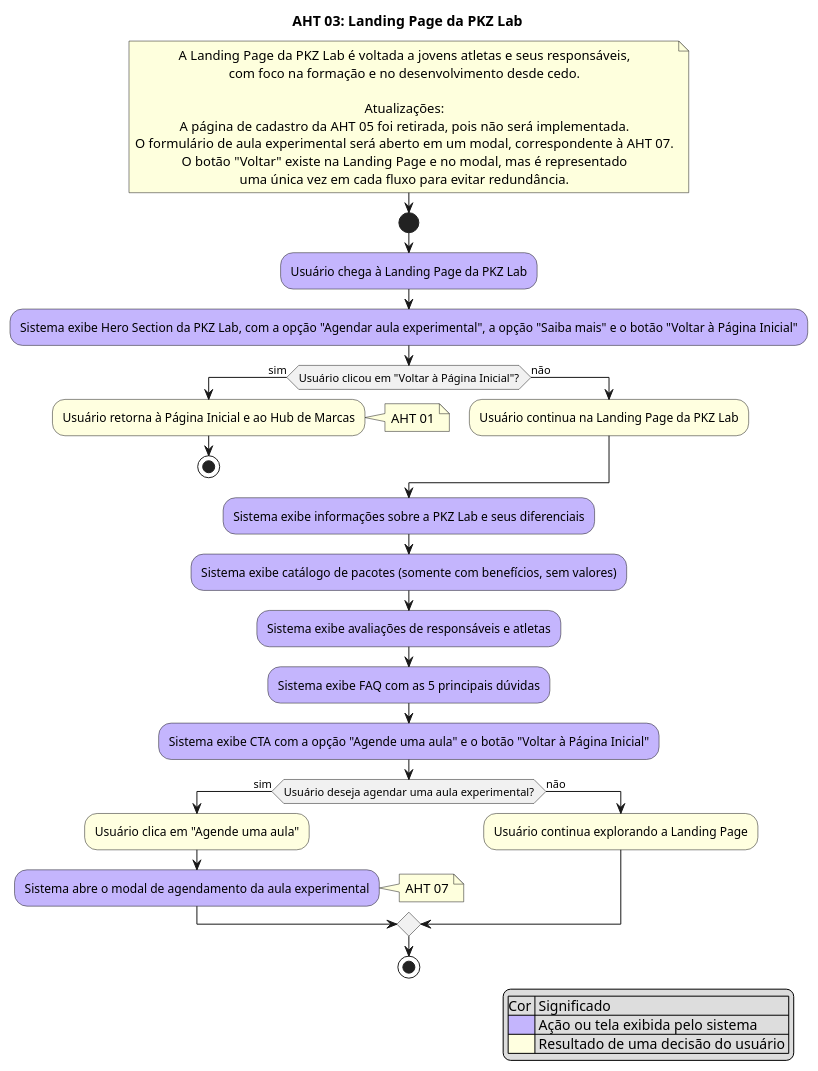
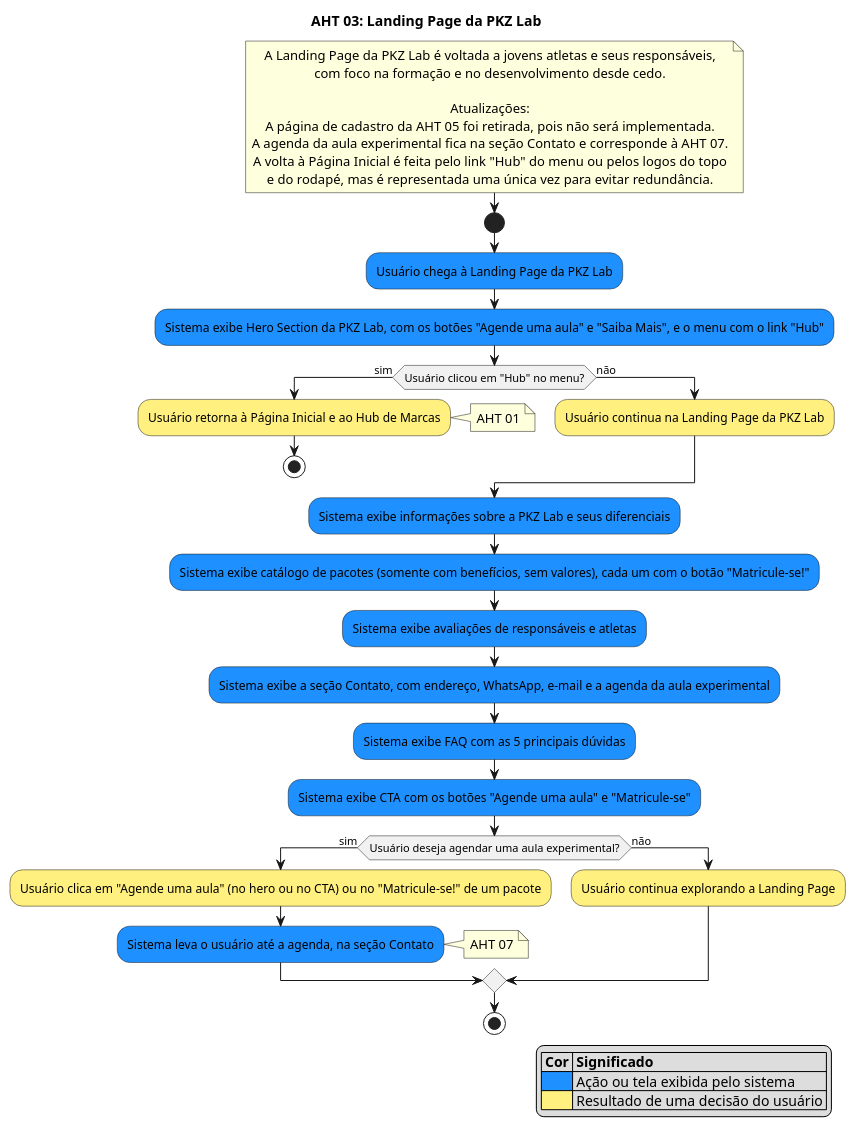
Before and after one commit to tav-ibmec/PFE-2026-2-Grupo-1-vanila: the diagram in Documentos/AHTs/AHT03-PKZ-landing-page.puml, drawn with PlantUML. The commit also changed 1 other file, not shown here.

Commit message:
Atualizando a AHT 03

```diff
--- a/Documentos/AHTs/AHT03-PKZ-landing-page.puml
+++ b/Documentos/AHTs/AHT03-PKZ-landing-page.puml
@@ -1,50 +1,51 @@
 @startuml AHT03-PKZ-landing-page
 skinparam DefaultTextAlignment center
 title AHT 03: Landing Page da PKZ Lab
 
 note right
  A Landing Page da PKZ Lab é voltada a jovens atletas e seus responsáveis,
  com foco na formação e no desenvolvimento desde cedo.
 
  Atualizações:
  A página de cadastro da AHT 05 foi retirada, pois não será implementada.
- O formulário de aula experimental será aberto em um modal, correspondente à AHT 07.
- O botão "Voltar" existe na Landing Page e no modal, mas é representado
- uma única vez em cada fluxo para evitar redundância.
+ A agenda da aula experimental fica na seção Contato e corresponde à AHT 07.
+ A volta à Página Inicial é feita pelo link "Hub" do menu ou pelos logos do topo
+ e do rodapé, mas é representada uma única vez para evitar redundância.
 end note
 
 start
 
-#C4B5FD:Usuário chega à Landing Page da PKZ Lab;
-#C4B5FD:Sistema exibe Hero Section da PKZ Lab, com a opção "Agendar aula experimental", a opção "Saiba mais" e o botão "Voltar à Página Inicial";
+#1E90FF:Usuário chega à Landing Page da PKZ Lab;
+#1E90FF:Sistema exibe Hero Section da PKZ Lab, com os botões "Agende uma aula" e "Saiba Mais", e o menu com o link "Hub";
 
-if (Usuário clicou em "Voltar à Página Inicial"?) then (sim)
-  #lightyellow:Usuário retorna à Página Inicial e ao Hub de Marcas;
+if (Usuário clicou em "Hub" no menu?) then (sim)
+  #FFF07F:Usuário retorna à Página Inicial e ao Hub de Marcas;
   note right: AHT 01
   stop
 else (não)
-  #lightyellow:Usuário continua na Landing Page da PKZ Lab;
+  #FFF07F:Usuário continua na Landing Page da PKZ Lab;
 endif
 
-#C4B5FD:Sistema exibe informações sobre a PKZ Lab e seus diferenciais;
-#C4B5FD:Sistema exibe catálogo de pacotes (somente com benefícios, sem valores);
-#C4B5FD:Sistema exibe avaliações de responsáveis e atletas;
-#C4B5FD:Sistema exibe FAQ com as 5 principais dúvidas;
-#C4B5FD:Sistema exibe CTA com a opção "Agende uma aula" e o botão "Voltar à Página Inicial";
+#1E90FF:Sistema exibe informações sobre a PKZ Lab e seus diferenciais;
+#1E90FF:Sistema exibe catálogo de pacotes (somente com benefícios, sem valores), cada um com o botão "Matricule-se!";
+#1E90FF:Sistema exibe avaliações de responsáveis e atletas;
+#1E90FF:Sistema exibe a seção Contato, com endereço, WhatsApp, e-mail e a agenda da aula experimental;
+#1E90FF:Sistema exibe FAQ com as 5 principais dúvidas;
+#1E90FF:Sistema exibe CTA com os botões "Agende uma aula" e "Matricule-se";
 
 if (Usuário deseja agendar uma aula experimental?) then (sim)
-  #lightyellow:Usuário clica em "Agende uma aula";
-  #C4B5FD:Sistema abre o modal de agendamento da aula experimental;
+  #FFF07F:Usuário clica em "Agende uma aula" (no hero ou no CTA) ou no "Matricule-se!" de um pacote;
+  #1E90FF:Sistema leva o usuário até a agenda, na seção Contato;
   note right: AHT 07
 else (não)
-  #lightyellow:Usuário continua explorando a Landing Page;
+  #FFF07F:Usuário continua explorando a Landing Page;
 endif
 
 legend right
-  |Cor | Significado|
-  |<#C4B5FD>| Ação ou tela exibida pelo sistema |
-  |<#lightyellow>| Resultado de uma decisão do usuário |
+  |= Cor |= Significado |
+  |<#1E90FF>| Ação ou tela exibida pelo sistema |
+  |<#FFF07F>| Resultado de uma decisão do usuário |
 endlegend
 
 stop
 @enduml
```
